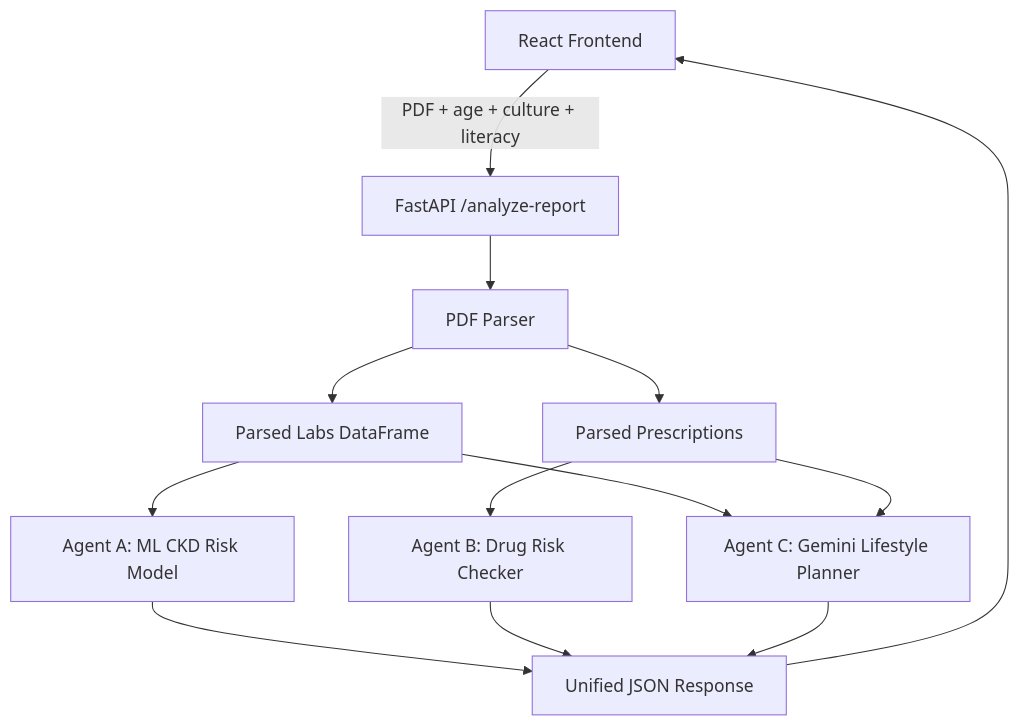
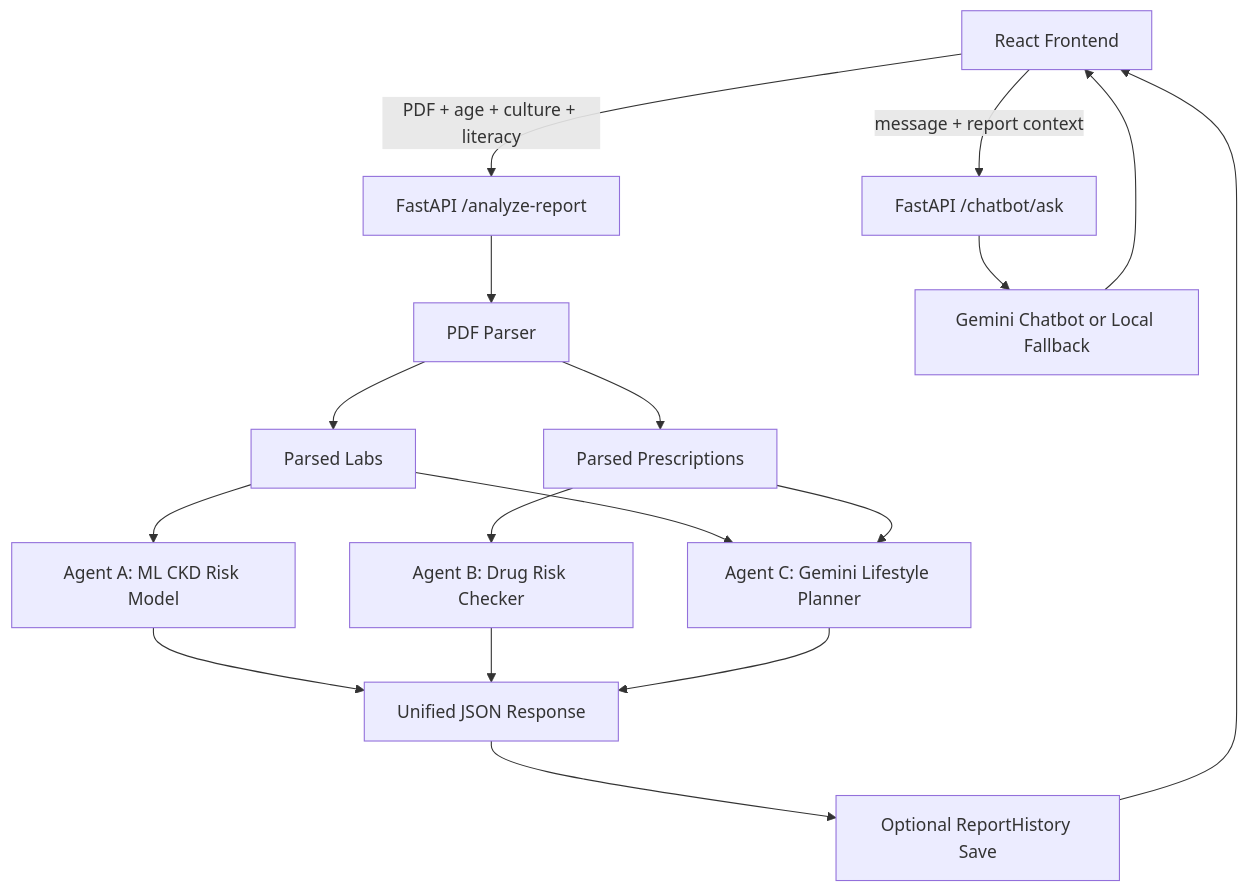
One commit to SnehaGaneshBhat/NephroNet-CKD changed the diagram in README.md. Above: the diagram before and after it, drawn with Mermaid. The commit also changed other lines of this file and 4 other files, not shown here.

Commit message:
Add report-aware Gemini chatbot

````diff
--- a/README.md
+++ b/README.md
@@ -65,15 +29,19 @@
 ```mermaid
 flowchart TD
     A["React Frontend"] -->|"PDF + age + culture + literacy"| B["FastAPI /analyze-report"]
     B --> C["PDF Parser"]
-    C --> D["Parsed Labs DataFrame"]
+    C --> D["Parsed Labs"]
     C --> E["Parsed Prescriptions"]
     D --> F["Agent A: ML CKD Risk Model"]
     E --> G["Agent B: Drug Risk Checker"]
     D --> H["Agent C: Gemini Lifestyle Planner"]
     E --> H
     F --> I["Unified JSON Response"]
     G --> I
     H --> I
-    I --> A
+    I --> J["Optional ReportHistory Save"]
+    J --> A
+    A -->|"message + report context"| K["FastAPI /chatbot/ask"]
+    K --> L["Gemini Chatbot or Local Fallback"]
+    L --> A
 ```
````
